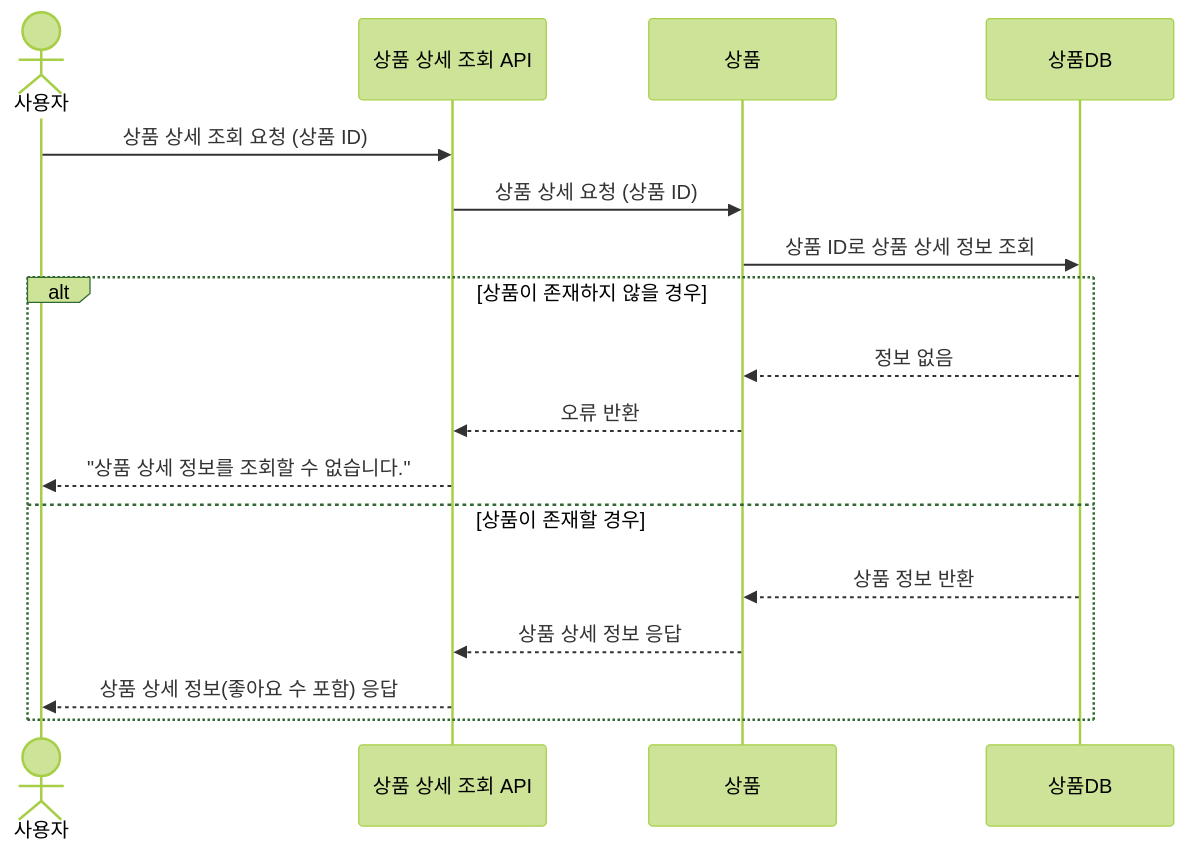
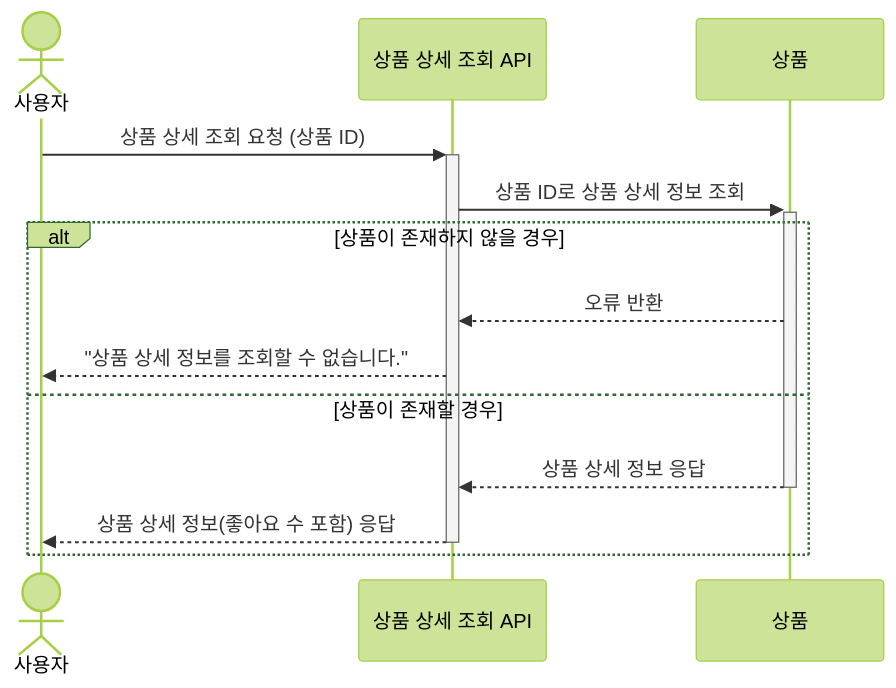
Before and after one commit to kodonghee/loopers-e-commerce: the second of 9 diagrams in docs/design/02-sequence-diagrams.md, drawn with Mermaid (forest theme). The commit also changed other lines of this file, not shown here.

Commit message:
feat: 시퀀스 다이어그램 - 주문 관련 작성

````diff
--- a/docs/design/02-sequence-diagrams.md
+++ b/docs/design/02-sequence-diagrams.md
@@ -31,21 +28,17 @@
 ```mermaid
 sequenceDiagram
     actor 사용자
     participant 상품 상세 조회 API
     participant 상품
-    participant 상품DB
 
-    사용자->>상품 상세 조회 API: 상품 상세 조회 요청 (상품 ID)
-    상품 상세 조회 API->>상품: 상품 상세 요청 (상품 ID)
-    상품->>상품DB: 상품 ID로 상품 상세 정보 조회
+    사용자->>+상품 상세 조회 API: 상품 상세 조회 요청 (상품 ID)
+    상품 상세 조회 API->>+상품: 상품 ID로 상품 상세 정보 조회
 
     alt 상품이 존재하지 않을 경우
-        상품DB-->>상품: 정보 없음
         상품-->>상품 상세 조회 API: 오류 반환
         상품 상세 조회 API-->>사용자: "상품 상세 정보를 조회할 수 없습니다."
     else 상품이 존재할 경우
-        상품DB-->>상품: 상품 정보 반환
-        상품-->>상품 상세 조회 API: 상품 상세 정보 응답
-        상품 상세 조회 API-->>사용자: 상품 상세 정보(좋아요 수 포함) 응답
+        상품-->>-상품 상세 조회 API: 상품 상세 정보 응답
+        상품 상세 조회 API-->>-사용자: 상품 상세 정보(좋아요 수 포함) 응답
     end
 ```
````
